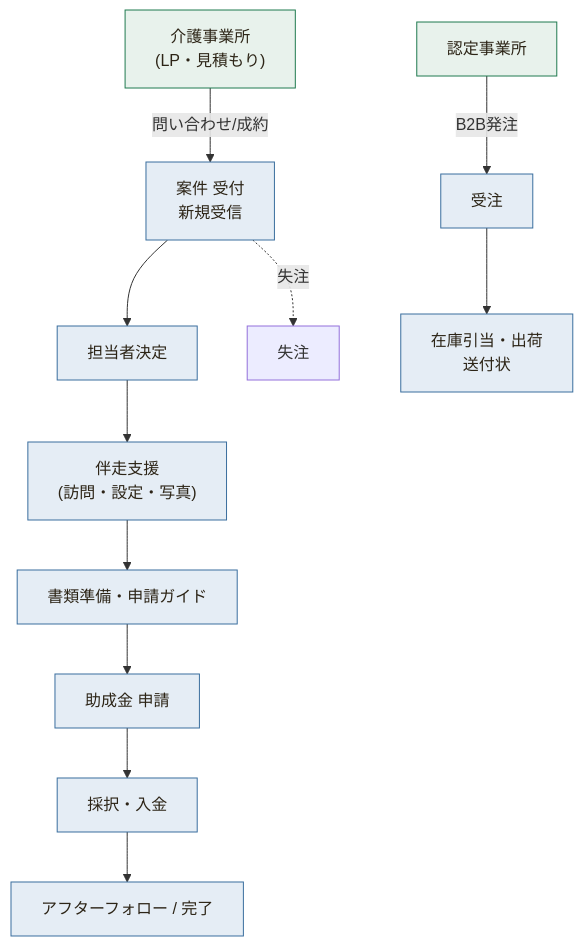
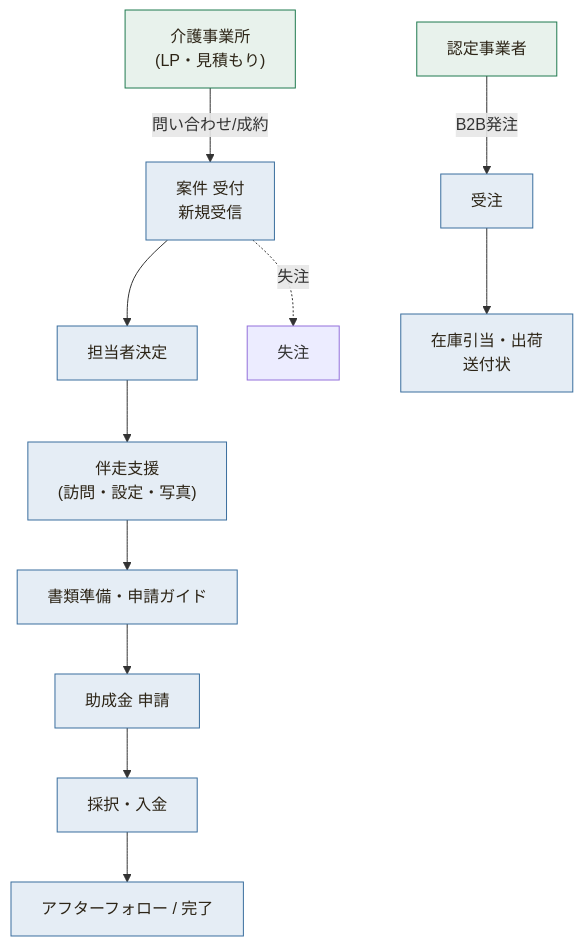
Before and after one commit to npo-tadakayo/kjk-tadakayo: the third of 6 diagrams in ENGINEERING_NOTES.md, drawn with Mermaid. The commit also changed other lines of this file and 20 other files, not shown here.

First line of the commit message:
docs(用語/マニュアル): 画面とマニュアルの「認定事業所」を「認定事業者」に統一し、Phase 2 の手順を追記

````diff
--- a/ENGINEERING_NOTES.md
+++ b/ENGINEERING_NOTES.md
@@ -293,16 +293,16 @@
 ```mermaid
 flowchart TD
   A["介護事業所<br/>(LP・見積もり)"] -->|問い合わせ/成約| B["案件 受付<br/>新規受信"]
   B --> C["担当者決定"]
   C --> D["伴走支援<br/>(訪問・設定・写真)"]
   D --> E["書類準備・申請ガイド"]
   E --> F["助成金 申請"]
   F --> G["採択・入金"]
   G --> H["アフターフォロー / 完了"]
   B -.失注.-> X["失注"]
-  C2["認定事業所"] -->|B2B発注| I["受注"]
+  C2["認定事業者"] -->|B2B発注| I["受注"]
   I --> J["在庫引当・出荷<br/>送付状"]
   classDef care fill:#e8f2ec,stroke:#1F7A4F,color:#2C2416;
   classDef sys fill:#e5edf5,stroke:#3a6e9e,color:#2C2416;
   class A,C2 care; class B,C,D,E,F,G,H,I,J sys;
 ```
````
